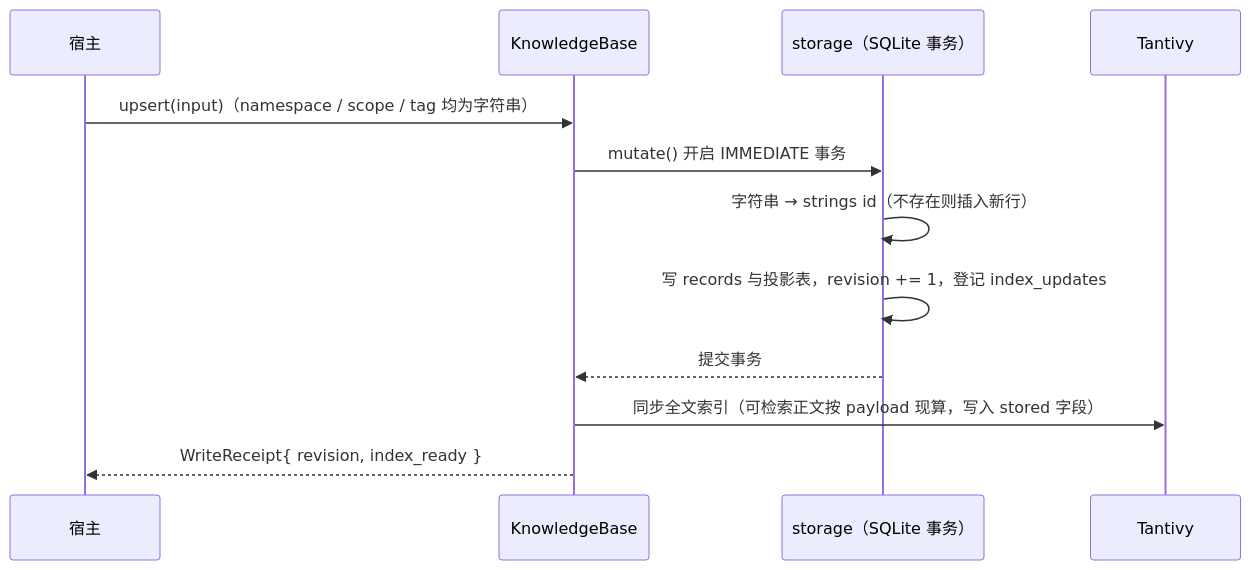
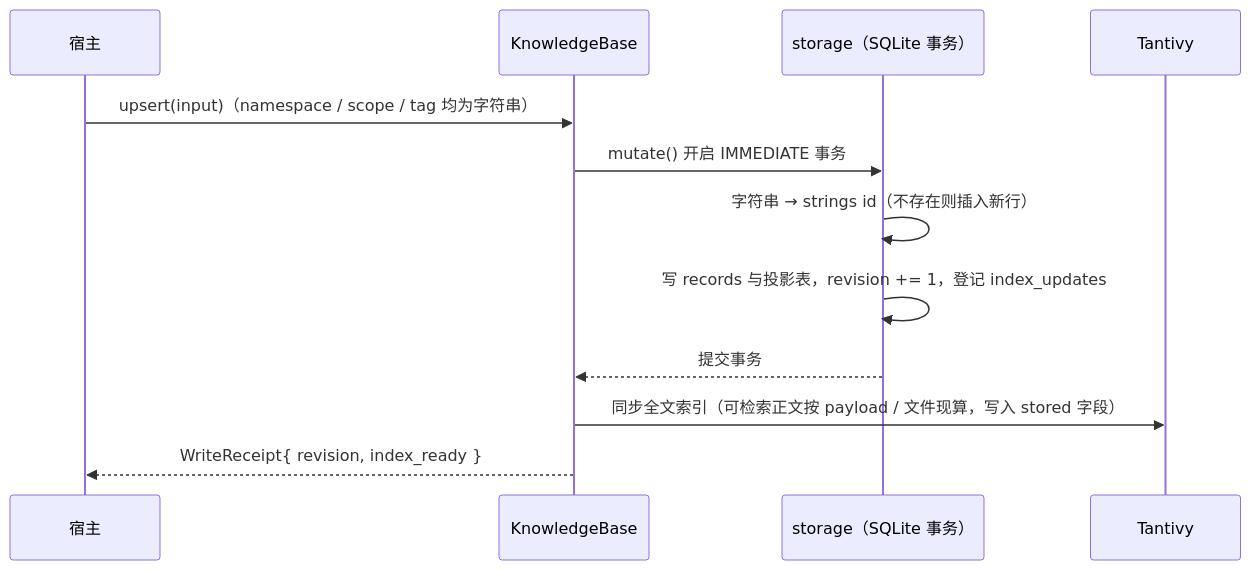
The fourth of 4 diagrams in docs/architecture.md (kawayiYokami/p-memory), drawn with Mermaid before and after one commit. The commit also changed other lines of this file and 21 other files, not shown here.

````diff
--- a/docs/architecture.md
+++ b/docs/architecture.md
@@ -183,15 +183,15 @@
 ```mermaid
 sequenceDiagram
     participant H as 宿主
     participant K as KnowledgeBase
     participant S as storage（SQLite 事务）
     participant I as Tantivy
 
     H->>K: upsert(input)（namespace / scope / tag 均为字符串）
     K->>S: mutate() 开启 IMMEDIATE 事务
     S->>S: 字符串 → strings id（不存在则插入新行）
     S->>S: 写 records 与投影表，revision += 1，登记 index_updates
     S-->>K: 提交事务
-    K->>I: 同步全文索引（可检索正文按 payload 现算，写入 stored 字段）
+    K->>I: 同步全文索引（可检索正文按 payload / 文件现算，写入 stored 字段）
     K-->>H: WriteReceipt{ revision, index_ready }
 ```
````
